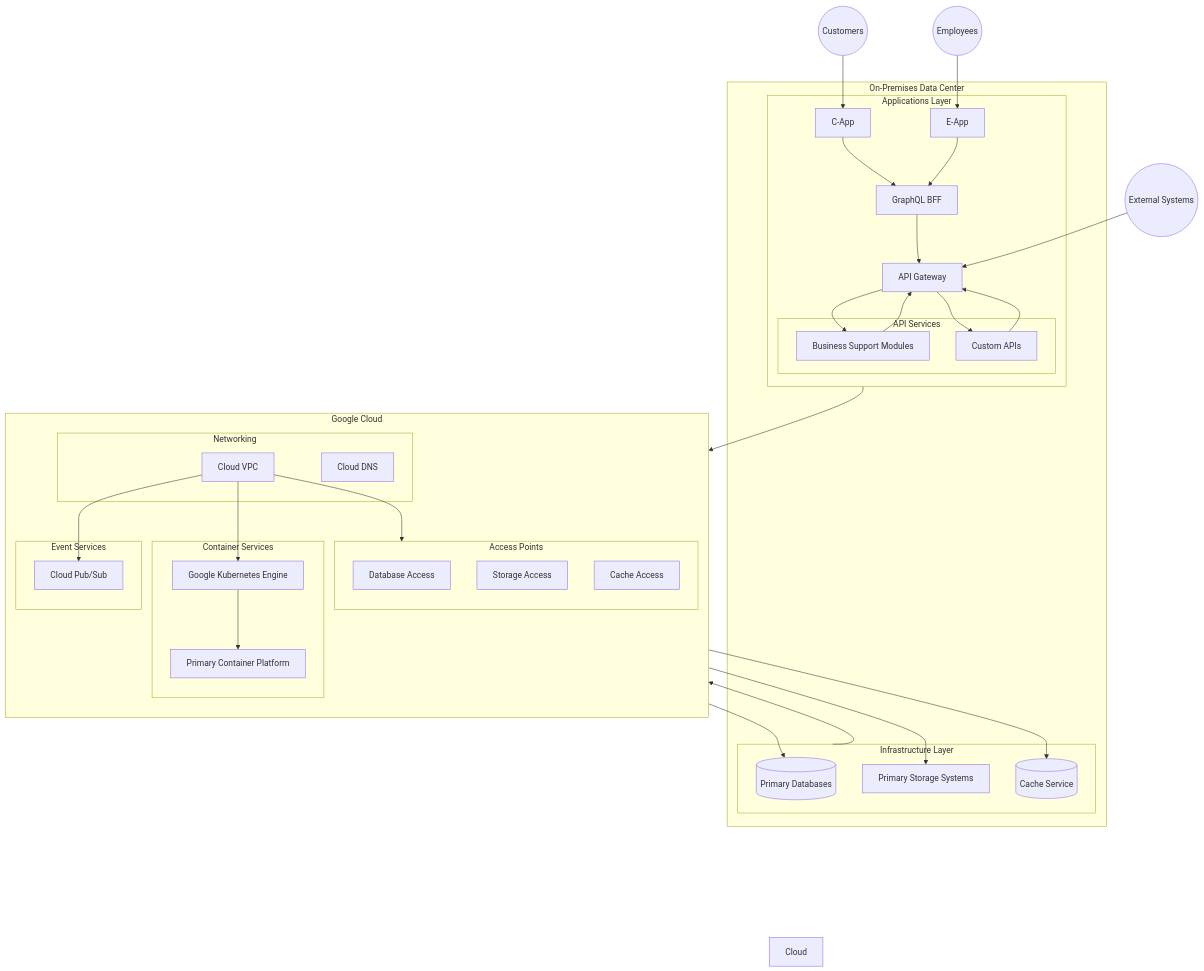
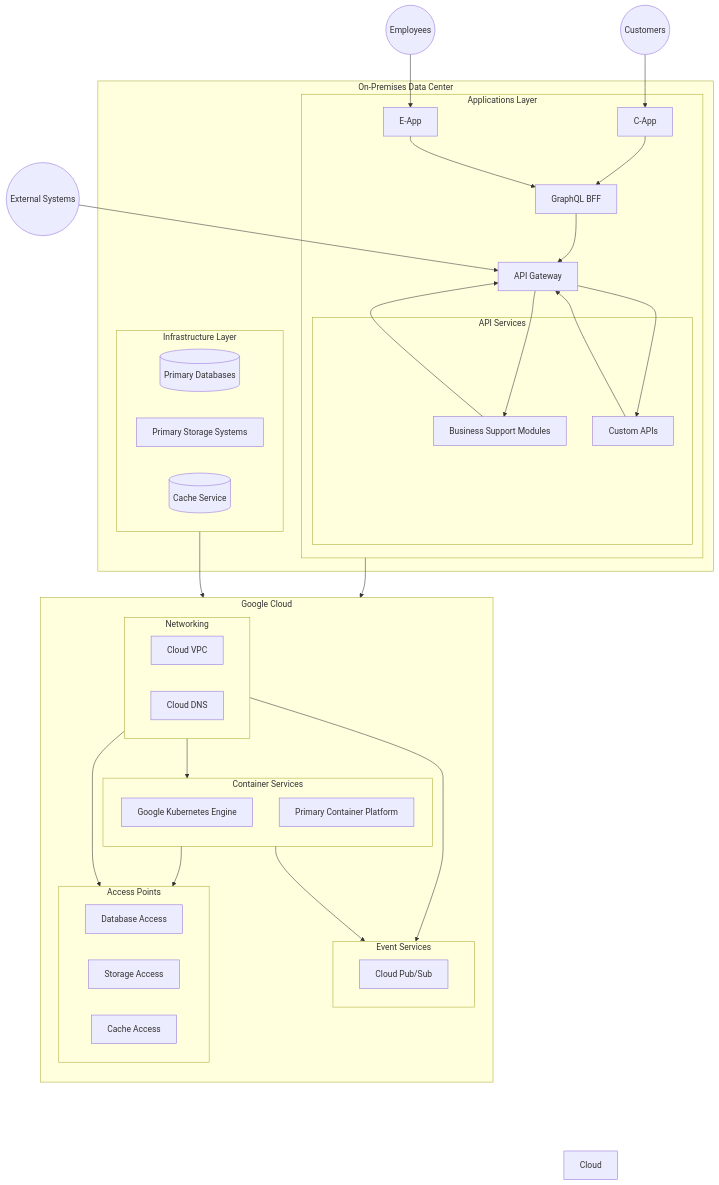
The diagram in GCP-HybridCloud.md (henryrestive/infra-docs), drawn with Mermaid before and after one commit. The commit also changed 2 other files, not shown here.

Commit message:
Enhanced views

````diff
--- a/GCP-HybridCloud.md
+++ b/GCP-HybridCloud.md
@@ -77,14 +77,14 @@
     Employees --> EApp
     ExternalSystems --> Gateway
     Apps --> ContainerPlatform
+
+    %% Cloud connections
     Infrastructure --> Network
-    VPC --> GKE
-    GKE --> ContainerPlatform
-    VPC --> Access
-    DBAccess --> PrimaryDB
-    StorageAccess --> PrimaryStorage
-    CacheAccess --> CacheService
-    VPC --> PubSub
+    Network --> Access
+    Network --> Compute
+    Network --> Messaging
+    Compute --> Access
+    Compute --> Messaging
 
     classDef hidden opacity:0
 ```
````
